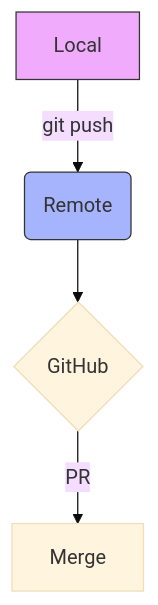
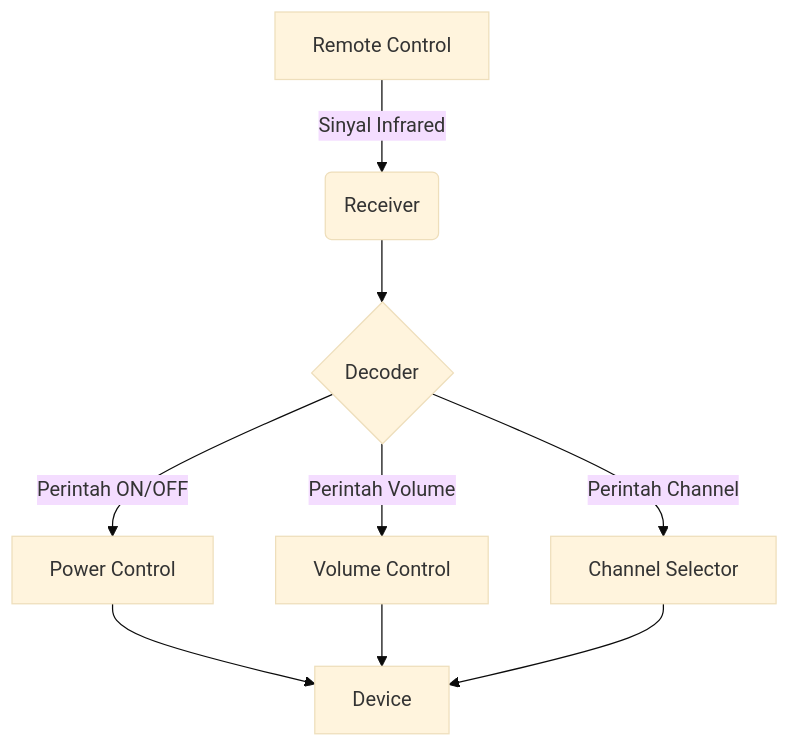
One commit to gitkodachi/gitkodachi.github.io changed the diagram in content/tutorial/git/git-remote.md. Above: the diagram before and after it, drawn with Mermaid (base theme).

Commit message:
add contetn git #09 mermaid

```diff
--- a/content/tutorial/git/git-remote.md
+++ b/content/tutorial/git/git-remote.md
@@ -65,9 +65,11 @@
 {{< mermaid >}}
 flowchart TD
-    A[Local] -->|git push| B(Remote)
-    B --> C{GitHub}
-    C -->|PR| D[Merge]
-    
-    style A fill:#f0abfc,stroke:#333
-    style B fill:#a5b4fc,stroke:#333
+    A[Remote Control] -->|Sinyal Infrared| B(Receiver)
+    B --> C{Decoder}
+    C -->|Perintah ON/OFF| D[Power Control]
+    C -->|Perintah Volume| E[Volume Control]
+    C -->|Perintah Channel| F[Channel Selector]
+    D --> G[Device]
+    E --> G
+    F --> G
 {{< /mermaid >}}
```
